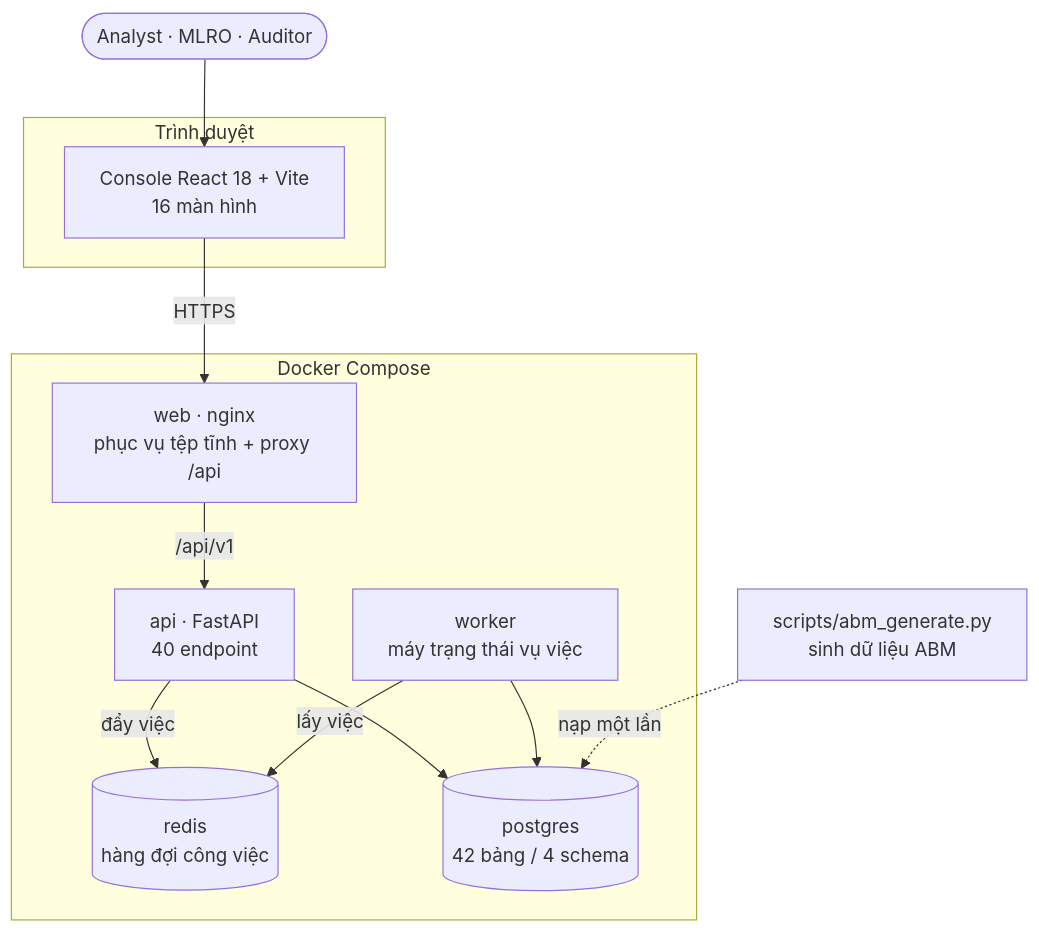
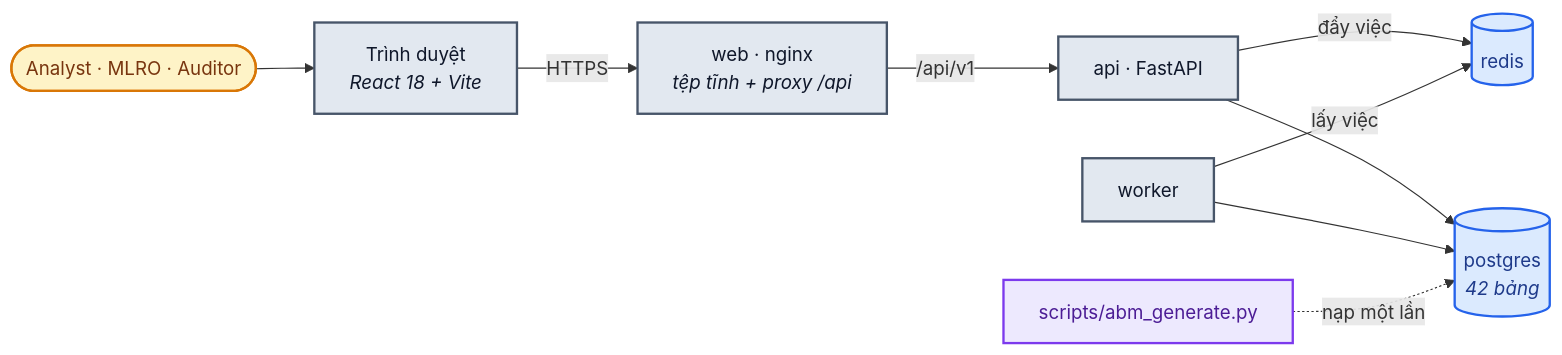
Before and after one commit to fiezen13/aml-monitoring-investigation-system: the second of 7 diagrams in docs/architecture_diagram.md, drawn with Mermaid. The commit also changed other lines of this file, not shown here.

````diff
--- a/docs/architecture_diagram.md
+++ b/docs/architecture_diagram.md
@@ -27,26 +111,21 @@
 ```mermaid
-graph TB
-    User(["Analyst · MLRO · Auditor"])
+flowchart LR
+    User(["Analyst · MLRO · Auditor"]) --> UIB["Trình duyệt<br/><i>React 18 + Vite</i>"]
+    UIB -->|"HTTPS"| WEB["web · nginx<br/><i>tệp tĩnh + proxy /api</i>"]
+    WEB -->|"/api/v1"| APIC["api · FastAPI"]
+    APIC --> PG[("postgres<br/><i>42 bảng</i>")]
+    APIC -->|"đẩy việc"| RD[("redis")]
+    WK["worker"] -->|"lấy việc"| RD
+    WK --> PG
+    GENS["scripts/abm_generate.py"] -.->|"nạp một lần"| PG
 
-    subgraph Browser["Trình duyệt"]
-        UI["Console React 18 + Vite<br/>16 màn hình"]
-    end
+    classDef svc fill:#E2E8F0,stroke:#475569,stroke-width:2px,color:#0F172A
+    classDef store fill:#DBEAFE,stroke:#2563EB,stroke-width:2px,color:#1E3A8A
+    classDef gen fill:#EDE9FE,stroke:#7C3AED,stroke-width:2px,color:#4C1D95
+    classDef actor fill:#FEF3C7,stroke:#D97706,stroke-width:2px,color:#78350F
 
-    subgraph Container["Docker Compose"]
-        WEB["web · nginx<br/>phục vụ tệp tĩnh + proxy /api"]
-        API["api · FastAPI<br/>40 endpoint"]
-        WORKER["worker<br/>máy trạng thái vụ việc"]
-        REDIS[("redis<br/>hàng đợi công việc")]
-        PG[("postgres<br/>42 bảng / 4 schema")]
-    end
-
-    User --> UI
-    UI -->|HTTPS| WEB
-    WEB -->|/api/v1| API
-    API --> PG
-    API -->|đẩy việc| REDIS
-    WORKER -->|lấy việc| REDIS
-    WORKER --> PG
-
-    GEN["scripts/abm_generate.py<br/>sinh dữ liệu ABM"] -.->|nạp một lần| PG
+    class UIB,WEB,APIC,WK svc
+    class PG,RD store
+    class GENS gen
+    class User actor
 ```
````
